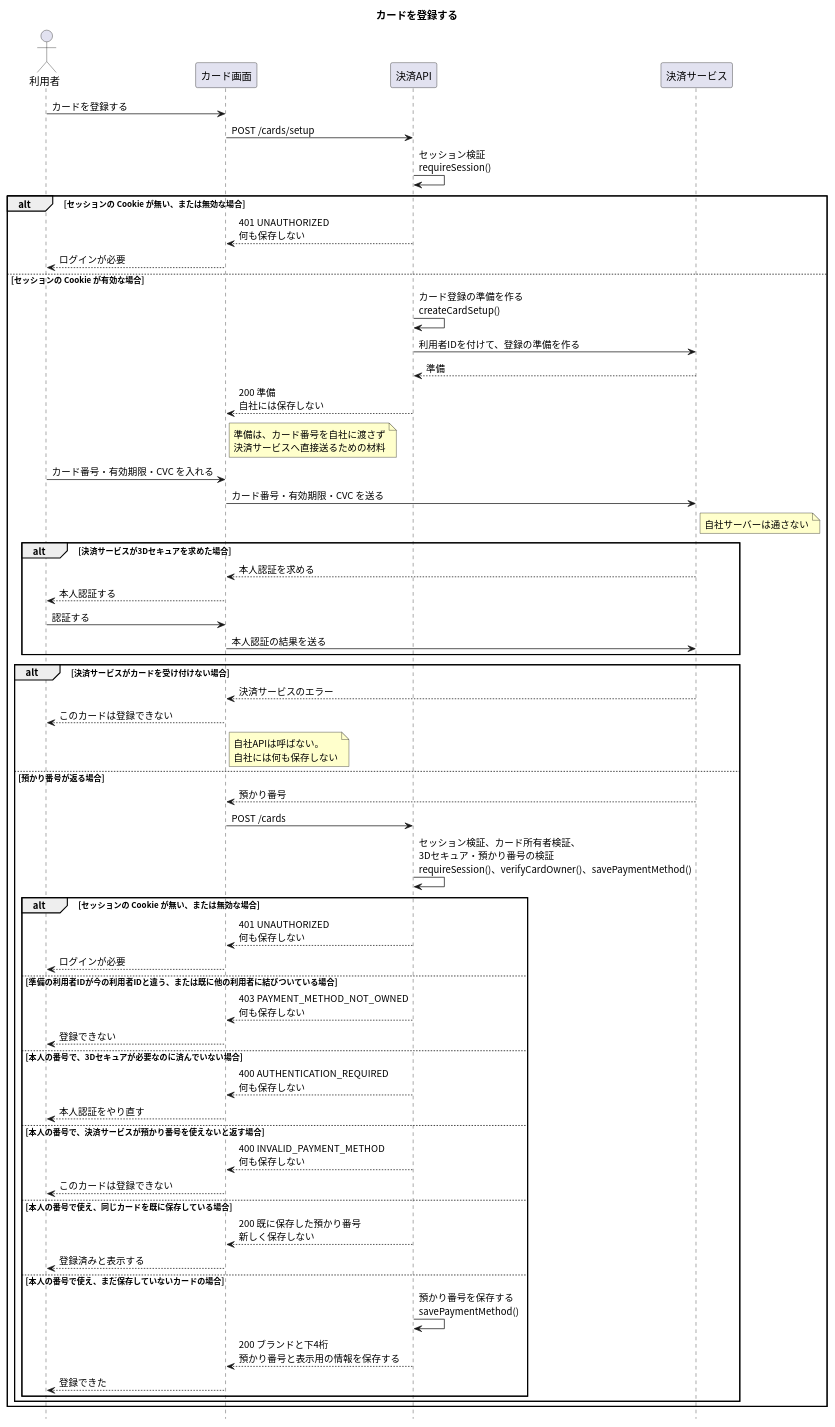
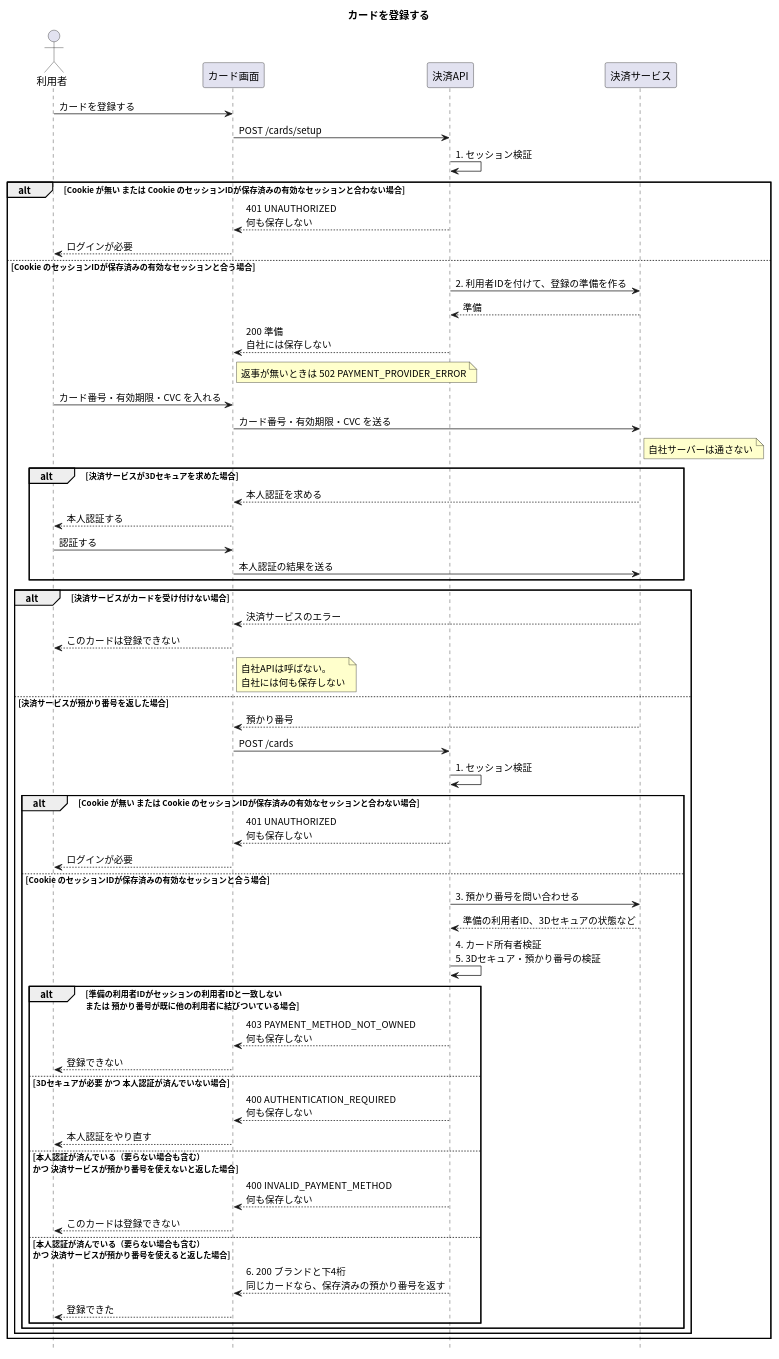
The diagram in apis/register-card/入口.puml (masamasamasato/design-doc-template), drawn with PlantUML before and after one commit. The commit also changed 28 other files, not shown here.

```diff
--- a/apis/register-card/入口.puml
+++ b/apis/register-card/入口.puml
@@ -1,66 +1,66 @@
 @startuml
 skinparam shadowing false
 skinparam defaultFontName "Noto Sans CJK JP"
 skinparam SequenceFontName "Noto Sans CJK JP"
 skinparam NoteBackgroundColor #FFFFCC
 hide footbox
 
 title カードを登録する
 
 actor "利用者" as User
 participant "カード画面" as Screen
 participant "決済API" as API
 participant "決済サービス" as PSP
 
 User -> Screen : カードを登録する
 Screen -> API : POST /cards/setup
-API -> API : セッション検証\nrequireSession()
-alt セッションの Cookie が無い、または無効な場合
+API -> API : 1. セッション検証
+alt Cookie が無い または Cookie のセッションIDが保存済みの有効なセッションと合わない場合
   API --> Screen : 401 UNAUTHORIZED\n何も保存しない
   Screen --> User : ログインが必要
-else セッションの Cookie が有効な場合
-  API -> API : カード登録の準備を作る\ncreateCardSetup()
-  API -> PSP : 利用者IDを付けて、登録の準備を作る
+else Cookie のセッションIDが保存済みの有効なセッションと合う場合
+  API -> PSP : 2. 利用者IDを付けて、登録の準備を作る
   PSP --> API : 準備
   API --> Screen : 200 準備\n自社には保存しない
-  note right of Screen : 準備は、カード番号を自社に渡さず\n決済サービスへ直接送るための材料
+  note right of Screen : 返事が無いときは 502 PAYMENT_PROVIDER_ERROR
   User -> Screen : カード番号・有効期限・CVC を入れる
   Screen -> PSP : カード番号・有効期限・CVC を送る
   note right of PSP : 自社サーバーは通さない
   alt 決済サービスが3Dセキュアを求めた場合
     PSP --> Screen : 本人認証を求める
     Screen --> User : 本人認証する
     User -> Screen : 認証する
     Screen -> PSP : 本人認証の結果を送る
   end
   alt 決済サービスがカードを受け付けない場合
     PSP --> Screen : 決済サービスのエラー
     Screen --> User : このカードは登録できない
     note right of Screen : 自社APIは呼ばない。\n自社には何も保存しない
-  else 預かり番号が返る場合
+  else 決済サービスが預かり番号を返した場合
     PSP --> Screen : 預かり番号
     Screen -> API : POST /cards
-    API -> API : セッション検証、カード所有者検証、\n3Dセキュア・預かり番号の検証\nrequireSession()、verifyCardOwner()、savePaymentMethod()
-    alt セッションの Cookie が無い、または無効な場合
+    API -> API : 1. セッション検証
+    alt Cookie が無い または Cookie のセッションIDが保存済みの有効なセッションと合わない場合
       API --> Screen : 401 UNAUTHORIZED\n何も保存しない
       Screen --> User : ログインが必要
-    else 準備の利用者IDが今の利用者IDと違う、または既に他の利用者に結びついている場合
-      API --> Screen : 403 PAYMENT_METHOD_NOT_OWNED\n何も保存しない
-      Screen --> User : 登録できない
-    else 本人の番号で、3Dセキュアが必要なのに済んでいない場合
-      API --> Screen : 400 AUTHENTICATION_REQUIRED\n何も保存しない
-      Screen --> User : 本人認証をやり直す
-    else 本人の番号で、決済サービスが預かり番号を使えないと返す場合
-      API --> Screen : 400 INVALID_PAYMENT_METHOD\n何も保存しない
-      Screen --> User : このカードは登録できない
-    else 本人の番号で使え、同じカードを既に保存している場合
-      API --> Screen : 200 既に保存した預かり番号\n新しく保存しない
-      Screen --> User : 登録済みと表示する
-    else 本人の番号で使え、まだ保存していないカードの場合
-      API -> API : 預かり番号を保存する\nsavePaymentMethod()
-      API --> Screen : 200 ブランドと下4桁\n預かり番号と表示用の情報を保存する
-      Screen --> User : 登録できた
+    else Cookie のセッションIDが保存済みの有効なセッションと合う場合
+      API -> PSP : 3. 預かり番号を問い合わせる
+      PSP --> API : 準備の利用者ID、3Dセキュアの状態など
+      API -> API : 4. カード所有者検証\n5. 3Dセキュア・預かり番号の検証
+      alt 準備の利用者IDがセッションの利用者IDと一致しない\nまたは 預かり番号が既に他の利用者に結びついている場合
+        API --> Screen : 403 PAYMENT_METHOD_NOT_OWNED\n何も保存しない
+        Screen --> User : 登録できない
+      else 3Dセキュアが必要 かつ 本人認証が済んでいない場合
+        API --> Screen : 400 AUTHENTICATION_REQUIRED\n何も保存しない
+        Screen --> User : 本人認証をやり直す
+      else 本人認証が済んでいる（要らない場合も含む）\nかつ 決済サービスが預かり番号を使えないと返した場合
+        API --> Screen : 400 INVALID_PAYMENT_METHOD\n何も保存しない
+        Screen --> User : このカードは登録できない
+      else 本人認証が済んでいる（要らない場合も含む）\nかつ 決済サービスが預かり番号を使えると返した場合
+        API --> Screen : 6. 200 ブランドと下4桁\n同じカードなら、保存済みの預かり番号を返す
+        Screen --> User : 登録できた
+      end
     end
   end
 end
 @enduml
```
